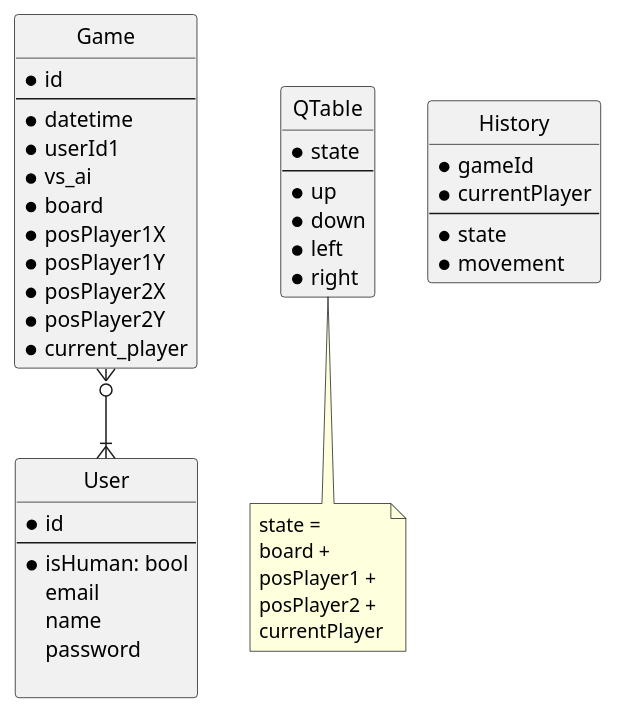
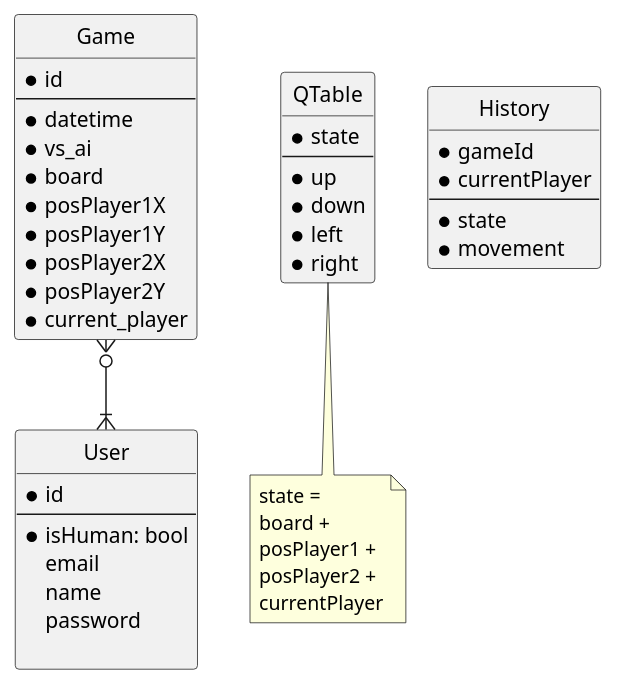
One commit to vsantele/IG3-projet-ia changed the diagram in schema/DB.puml. Above: the diagram before and after it, drawn with PlantUML.

Commit message:
fix game table

```diff
--- a/schema/DB.puml
+++ b/schema/DB.puml
@@ -1,69 +1,68 @@
 @startuml database
 
 hide circle
 
 entity Game{
     *id
     --
     *datetime
-    *userId1
     *vs_ai
     *board
     *posPlayer1X
     *posPlayer1Y
     *posPlayer2X
     *posPlayer2Y
     *current_player
 }
 
 
 entity User{
     *id
     --
     *isHuman: bool
     email
     name
     password
 
 }
 
 entity QTable {
     *state
     --
     *up
     *down
     *left
     *right
 }
 note bottom
 state =
 board +
 posPlayer1 +
 posPlayer2 +
 currentPlayer
 end note
 
 entity History {
     *gameId
     *currentPlayer
     --
     *state
     *movement
 }
 
 
 
 Game }o--|{ User
 ' note left
 ' à voir si on garde le
 ' Many To Many
 ' pour les relations
 ' --
 ' joachim :
 ' oui puisqu'on aura toujours
 ' soit 2 joueurs l'un contre l'autre -> 2
 ' soit 1 joueur contre ia -> 1
 ' soit 2 ia -> 0
 ' end note
 
 @enduml
```
